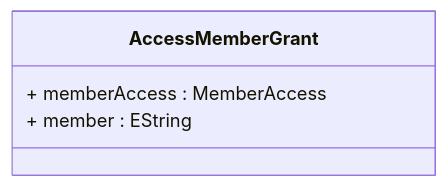
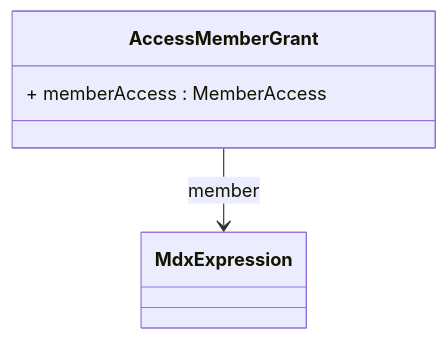
Before and after one commit to eclipse-daanse/eclipse-daanse.github.io: the diagram in docs/cubeserver/model/class-AccessMemberGrant.md, drawn with Mermaid. The commit also changed other lines of this file and 138 other files, not shown here.

````diff
--- a/docs/cubeserver/model/class-AccessMemberGrant.md
+++ b/docs/cubeserver/model/class-AccessMemberGrant.md
@@ -73,10 +74,10 @@
 ```mermaid
 classDiagram
   class AccessMemberGrant {
     + memberAccess : MemberAccess
-    + member : EString
   }
 
 
+  AccessMemberGrant --> MdxExpression : member
 
 ```
````
